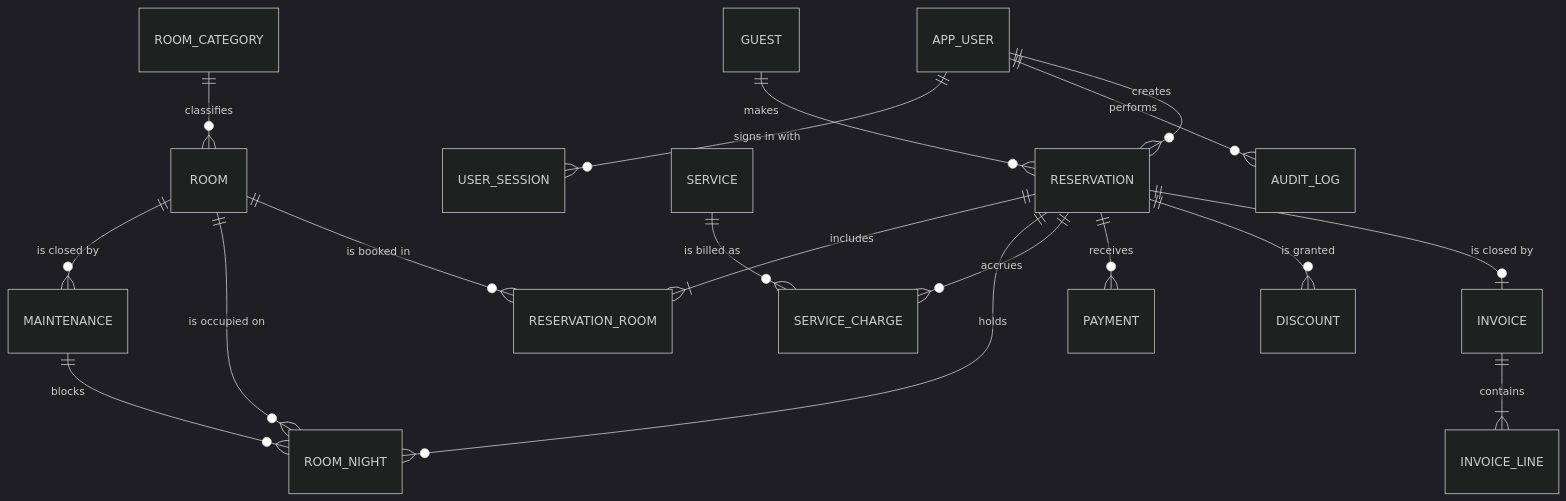
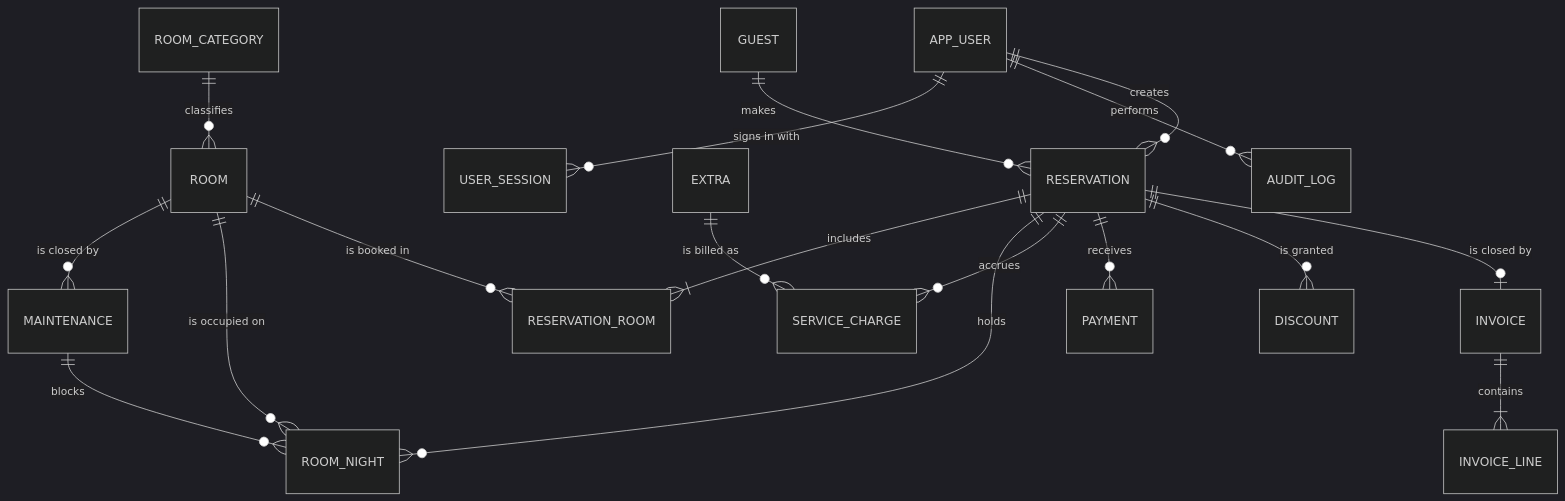
Before and after one commit to MrWillingten/hotel-management-system: the diagram in docs/data-model.md, drawn with Mermaid (dark theme). The commit also changed other lines of this file and 38 other files, not shown here.

````diff
--- a/docs/data-model.md
+++ b/docs/data-model.md
@@ -9,20 +9,20 @@
 ```mermaid
 erDiagram
     ROOM_CATEGORY ||--o{ ROOM : classifies
     ROOM ||--o{ MAINTENANCE : "is closed by"
     ROOM ||--o{ ROOM_NIGHT : "is occupied on"
     GUEST ||--o{ RESERVATION : makes
     RESERVATION ||--|{ RESERVATION_ROOM : includes
     ROOM ||--o{ RESERVATION_ROOM : "is booked in"
     RESERVATION ||--o{ ROOM_NIGHT : holds
     MAINTENANCE ||--o{ ROOM_NIGHT : blocks
     RESERVATION ||--o{ SERVICE_CHARGE : accrues
-    SERVICE ||--o{ SERVICE_CHARGE : "is billed as"
+    EXTRA ||--o{ SERVICE_CHARGE : "is billed as"
     RESERVATION ||--o{ PAYMENT : receives
     RESERVATION ||--o{ DISCOUNT : "is granted"
     RESERVATION ||--o| INVOICE : "is closed by"
     INVOICE ||--|{ INVOICE_LINE : contains
     APP_USER ||--o{ USER_SESSION : "signs in with"
     APP_USER ||--o{ AUDIT_LOG : performs
     APP_USER ||--o{ RESERVATION : creates
 ```
````
